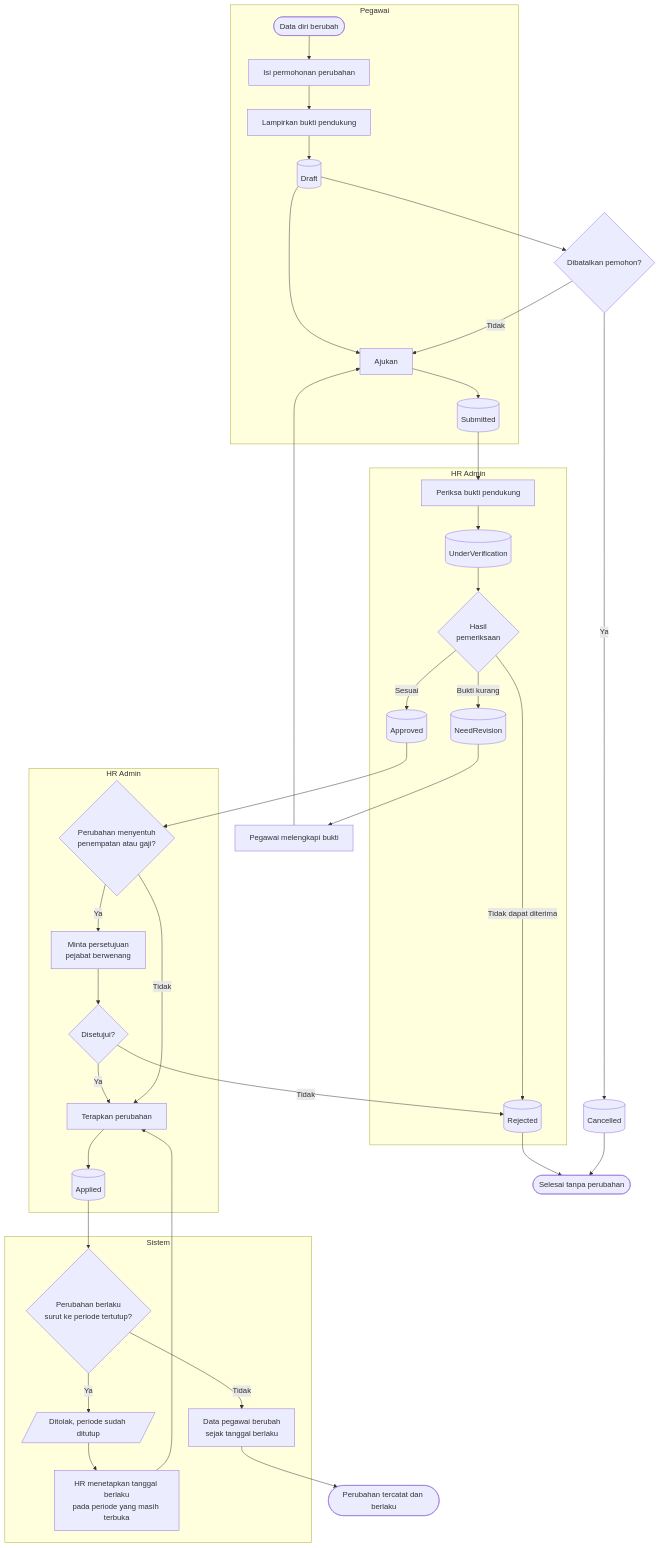
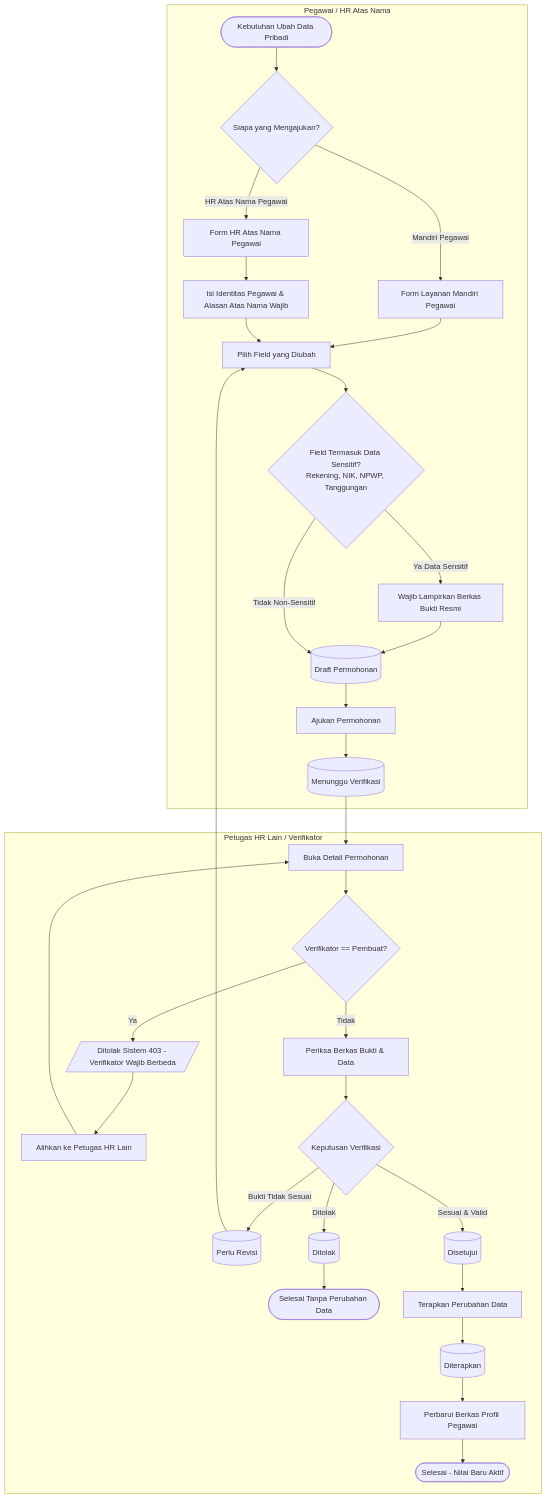
One commit to DevBenari/NewQuilvianSystemBackend changed the second of 3 diagrams in docs/module-blueprints/human-resource/flowcharts/administrasi-kepegawaian.md. Above: the diagram before and after it, drawn with Mermaid. The commit also changed other lines of this file and 100 other files, not shown here.

````diff
--- a/docs/module-blueprints/human-resource/flowcharts/administrasi-kepegawaian.md
+++ b/docs/module-blueprints/human-resource/flowcharts/administrasi-kepegawaian.md
@@ -24,47 +94,36 @@
 ```mermaid
 flowchart TD
-    subgraph pegawai[Pegawai]
-        A([Data diri berubah]) --> B[Isi permohonan perubahan]
-        B --> C[Lampirkan bukti pendukung]
-        C --> D[(Draft)]
-        D --> E[Ajukan]
-        E --> F[(Submitted)]
+    subgraph pemohon[Pegawai / HR Atas Nama]
+        A([Kebutuhan Ubah Data Pribadi]) --> B{Siapa yang Mengajukan?}
+        B -- Mandiri Pegawai --> C[Form Layanan Mandiri Pegawai]
+        B -- HR Atas Nama Pegawai --> D[Form HR Atas Nama Pegawai]
+        D --> D1[Isi Identitas Pegawai & Alasan Atas Nama Wajib]
+        C --> E[Pilih Field yang Diubah]
+        D1 --> E
+        E --> F{Field Termasuk Data Sensitif?<br/>Rekening, NIK, NPWP, Tanggungan}
+        F -- Ya Data Sensitif --> G[Wajib Lampirkan Berkas Bukti Resmi]
+        G --> H[(Draft Permohonan)]
+        F -- Tidak Non-Sensitif --> H
+        H --> I[Ajukan Permohonan]
+        I --> J[(Menunggu Verifikasi)]
     end
 
-    subgraph hr[HR Admin]
-        F --> G[Periksa bukti pendukung]
-        G --> H[(UnderVerification)]
-        H --> I{Hasil<br/>pemeriksaan}
-        I -- Bukti kurang --> J[(NeedRevision)]
-        I -- Tidak dapat diterima --> K[(Rejected)]
-        I -- Sesuai --> L[(Approved)]
+    subgraph verifikator[Petugas HR Lain / Verifikator]
+        J --> K[Buka Detail Permohonan]
+        K --> L{Verifikator == Pembuat?}
+        L -- Ya --> L1[/Ditolak Sistem 403 - Verifikator Wajib Berbeda/]
+        L1 --> L2[Alihkan ke Petugas HR Lain]
+        L2 --> K
+        L -- Tidak --> M[Periksa Berkas Bukti & Data]
+        M --> N{Keputusan Verifikasi}
+        N -- Bukti Tidak Sesuai --> O[(Perlu Revisi)]
+        O --> E
+        N -- Ditolak --> P[(Ditolak)]
+        P --> P1([Selesai Tanpa Perubahan Data])
+        N -- Sesuai & Valid --> Q[(Disetujui)]
+        Q --> R[Terapkan Perubahan Data]
+        R --> S[(Diterapkan)]
+        S --> T[Perbarui Berkas Profil Pegawai]
+        T --> U([Selesai - Nilai Baru Aktif])
     end
-
-    J --> M[Pegawai melengkapi bukti]
-    M --> E
-
-    subgraph penerapan[HR Admin]
-        L --> N{Perubahan menyentuh<br/>penempatan atau gaji?}
-        N -- Ya --> O[Minta persetujuan<br/>pejabat berwenang]
-        O --> P{Disetujui?}
-        P -- Tidak --> K
-        P -- Ya --> Q[Terapkan perubahan]
-        N -- Tidak --> Q
-        Q --> R[(Applied)]
-    end
-
-    subgraph sistem[Sistem]
-        R --> S{Perubahan berlaku<br/>surut ke periode tertutup?}
-        S -- Ya --> S1[/Ditolak, periode sudah ditutup/]
-        S1 --> T[HR menetapkan tanggal berlaku<br/>pada periode yang masih terbuka]
-        T --> Q
-        S -- Tidak --> U[Data pegawai berubah<br/>sejak tanggal berlaku]
-    end
-
-    U --> V([Perubahan tercatat dan berlaku])
-    K --> W([Selesai tanpa perubahan])
-    D --> X{Dibatalkan pemohon?}
-    X -- Ya --> Y[(Cancelled)]
-    Y --> W
-    X -- Tidak --> E
 ```
````
